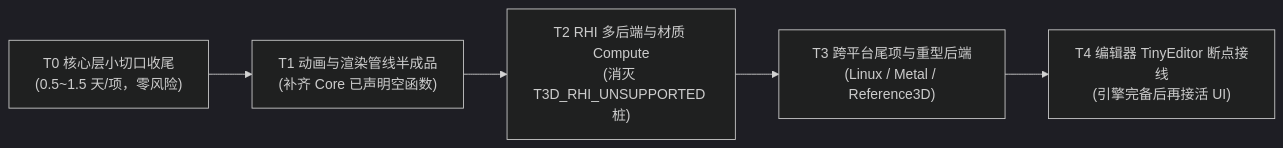
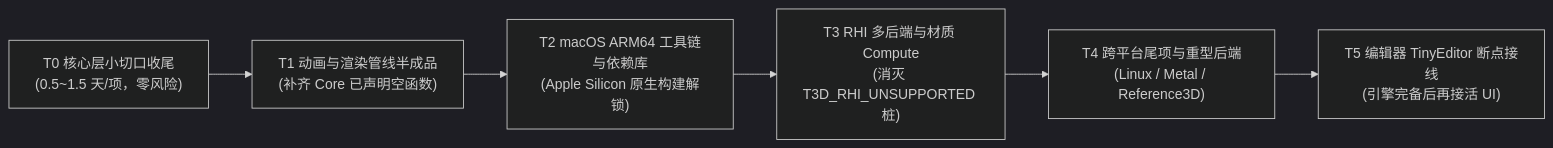
Before and after one commit to answerear/Tiny3D: the second of 2 diagrams in doc/todo/Tiny3D-Capability-Status-todo.md, drawn with Mermaid (dark theme). The commit also changed other lines of this file, not shown here.

Commit message:
【doc】更新 Tiny3D-Capability-Status-todo.md ，增加第三方依赖库相关信息

````diff
--- a/doc/todo/Tiny3D-Capability-Status-todo.md
+++ b/doc/todo/Tiny3D-Capability-Status-todo.md
@@ -238,7 +238,8 @@
 ```mermaid
 flowchart LR
     T0["T0 核心层小切口收尾<br/>(0.5~1.5 天/项，零风险)"] --> T1["T1 动画与渲染管线半成品<br/>(补齐 Core 已声明空函数)"]
-    T1 --> T2["T2 RHI 多后端与材质 Compute<br/>(消灭 T3D_RHI_UNSUPPORTED 桩)"]
-    T2 --> T3["T3 跨平台尾项与重型后端<br/>(Linux / Metal / Reference3D)"]
-    T3 --> T4["T4 编辑器 TinyEditor 断点接线<br/>(引擎完备后再接活 UI)"]
+    T1 --> T2["T2 macOS ARM64 工具链与依赖库<br/>(Apple Silicon 原生构建解锁)"]
+    T2 --> T3["T3 RHI 多后端与材质 Compute<br/>(消灭 T3D_RHI_UNSUPPORTED 桩)"]
+    T3 --> T4["T4 跨平台尾项与重型后端<br/>(Linux / Metal / Reference3D)"]
+    T4 --> T5["T5 编辑器 TinyEditor 断点接线<br/>(引擎完备后再接活 UI)"]
 ```
````
